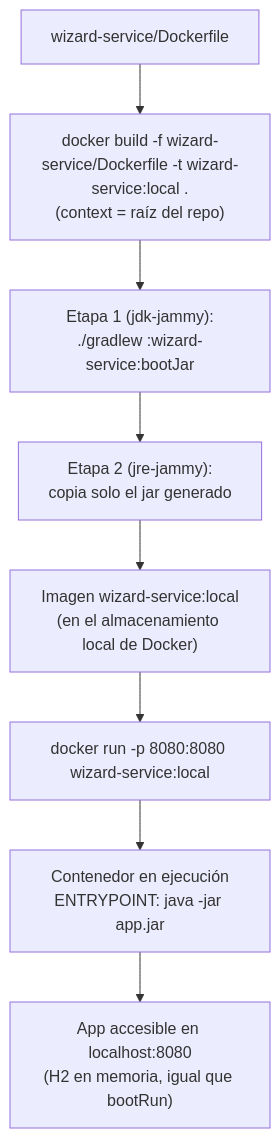
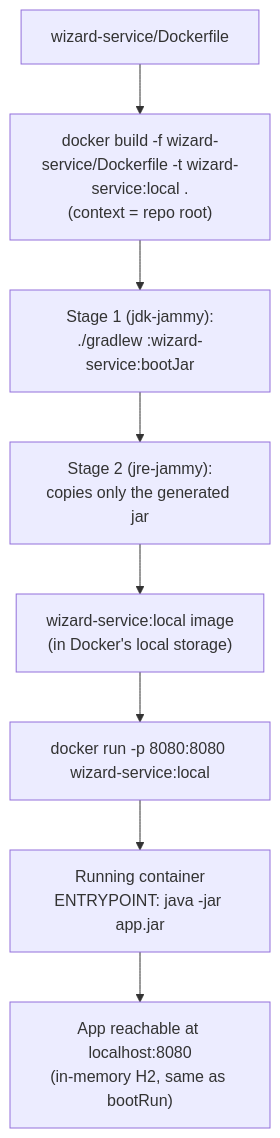
One commit to aabse/hogwarts-backend changed the diagram in BUILD_DEPLOY_DOCS/11_local_container_image.md. Above: the diagram before and after it, drawn with Mermaid. The commit also changed other lines of this file and 15 other files, not shown here.

First line of the commit message:
docs: translate build docs and root documents to English

````diff
--- a/BUILD_DEPLOY_DOCS/11_local_container_image.md
+++ b/BUILD_DEPLOY_DOCS/11_local_container_image.md
@@ -80,10 +80,10 @@
 ```mermaid
 flowchart TD
-    A["wizard-service/Dockerfile"] --> B["docker build -f wizard-service/Dockerfile -t wizard-service:local .<br/>(context = raíz del repo)"]
-    B --> C["Etapa 1 (jdk-jammy):<br/>./gradlew :wizard-service:bootJar"]
-    C --> D["Etapa 2 (jre-jammy):<br/>copia solo el jar generado"]
-    D --> E["Imagen wizard-service:local<br/>(en el almacenamiento local de Docker)"]
+    A["wizard-service/Dockerfile"] --> B["docker build -f wizard-service/Dockerfile -t wizard-service:local .<br/>(context = repo root)"]
+    B --> C["Stage 1 (jdk-jammy):<br/>./gradlew :wizard-service:bootJar"]
+    C --> D["Stage 2 (jre-jammy):<br/>copies only the generated jar"]
+    D --> E["wizard-service:local image<br/>(in Docker's local storage)"]
     E --> F["docker run -p 8080:8080 wizard-service:local"]
-    F --> G["Contenedor en ejecución<br/>ENTRYPOINT: java -jar app.jar"]
-    G --> H["App accesible en localhost:8080<br/>(H2 en memoria, igual que bootRun)"]
+    F --> G["Running container<br/>ENTRYPOINT: java -jar app.jar"]
+    G --> H["App reachable at localhost:8080<br/>(in-memory H2, same as bootRun)"]
 ```
````
